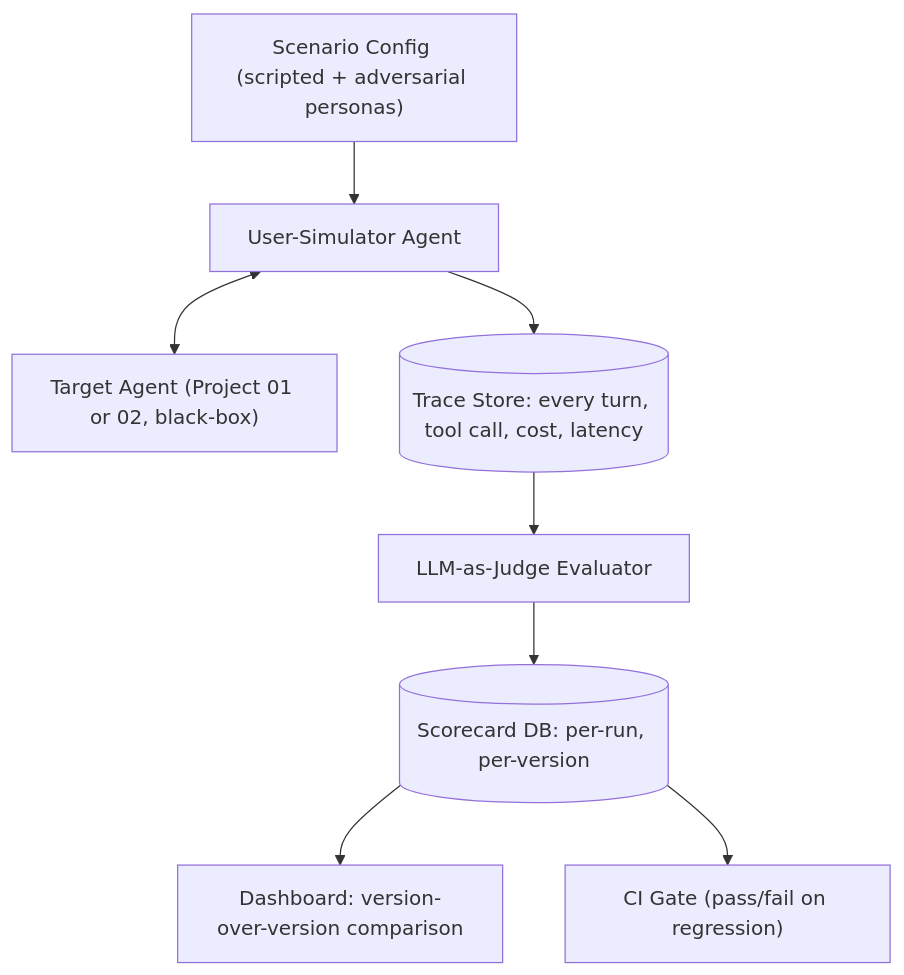
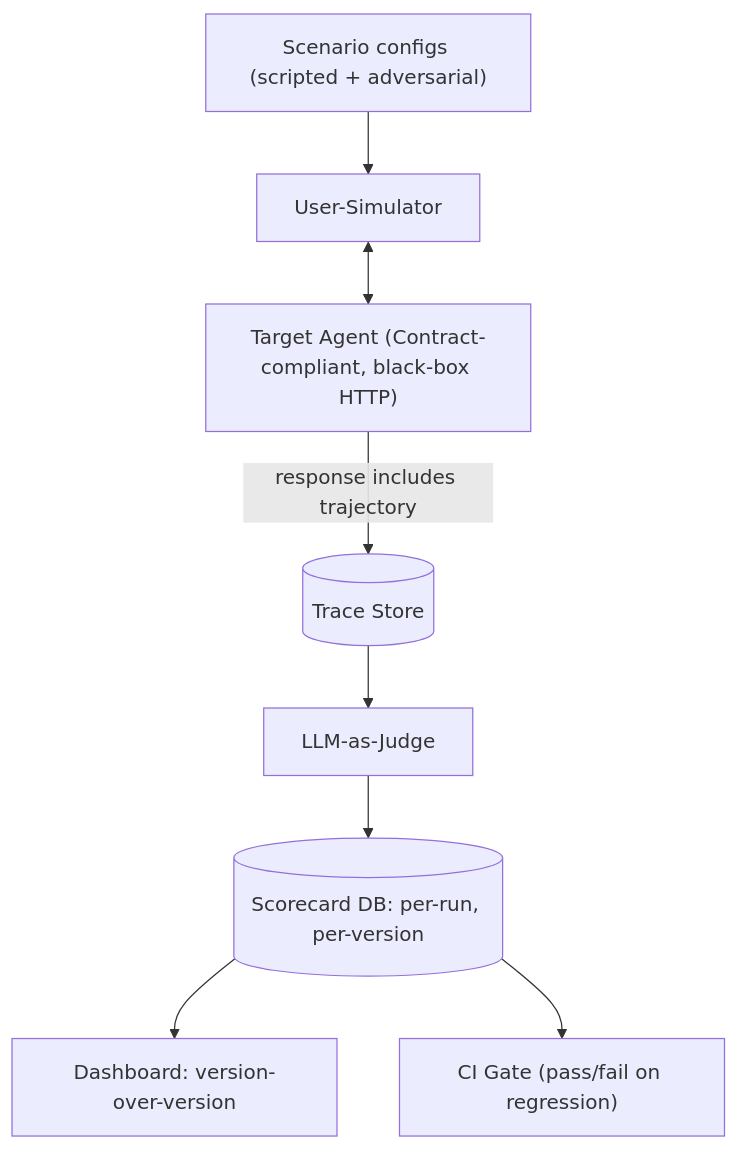
Before and after one commit to shrey1409/Multiple-AI-Agents-Projects: the diagram in projects/03-agent-eval-observability-platform/PLAN.md, drawn with Mermaid. The commit also changed other lines of this file and 11 other files, not shown here.

````diff
--- a/projects/03-agent-eval-observability-platform/PLAN.md
+++ b/projects/03-agent-eval-observability-platform/PLAN.md
@@ -17,10 +17,10 @@
 ```mermaid
 flowchart TD
-    CFG["Scenario Config (scripted + adversarial personas)"] --> SIM[User-Simulator Agent]
-    SIM <--> TGT["Target Agent (Project 01 or 02, black-box)"]
-    SIM --> TR[(Trace Store: every turn, tool call, cost, latency)]
-    TR --> JU[LLM-as-Judge Evaluator]
+    CFG["Scenario configs (scripted + adversarial)"] --> SIM[User-Simulator]
+    SIM <--> TGT["Target Agent (Contract-compliant, black-box HTTP)"]
+    TGT -->|response includes trajectory| TR[(Trace Store)]
+    TR --> JU[LLM-as-Judge]
     JU --> SC[(Scorecard DB: per-run, per-version)]
-    SC --> DASH[Dashboard: version-over-version comparison]
+    SC --> DASH[Dashboard: version-over-version]
     SC --> CI["CI Gate (pass/fail on regression)"]
 ```
````
